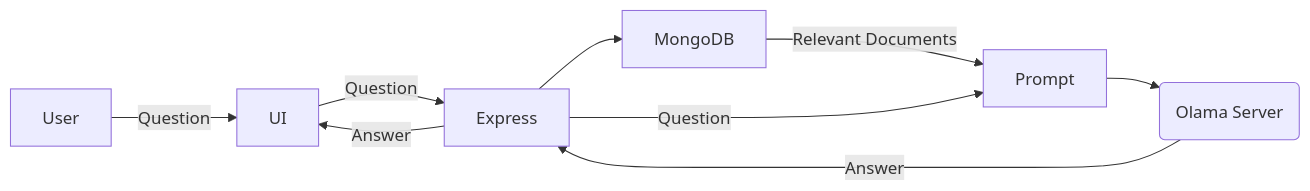
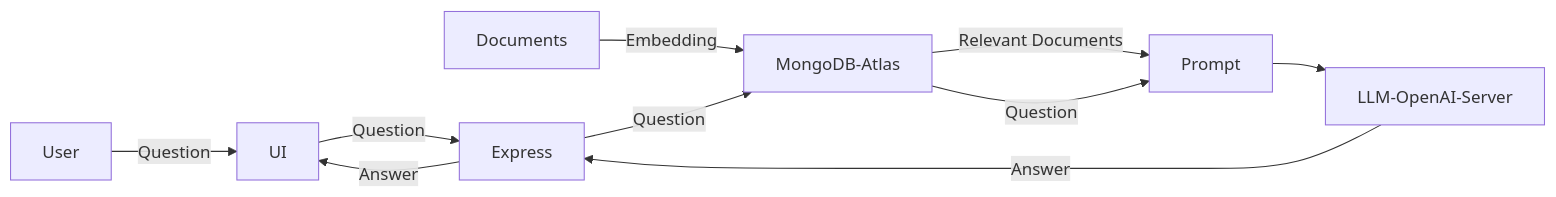
One commit to ethanenguyen/UW_JSCRIPT330_Final changed the diagram in README.md. Above: the diagram before and after it, drawn with Mermaid. The commit also changed other lines of this file, not shown here.

````diff
--- a/README.md
+++ b/README.md
@@ -22,12 +22,13 @@
 ```mermaid
 flowchart LR;
     User-->|Question|UI;
     UI-->|Question|Express;
-    Express-->MongoDB;
-    MongoDB-->|Relevant Documents|Prompt;
-    Express-->|Question|Prompt;
-    Prompt-->LLM(Olama Server);
-    LLM(Olama Server)-->|Answer|Express;
+    Documents-->|Embedding|MongoDB-Atlas;
+    MongoDB-Atlas-->|Relevant Documents|Prompt;
+   MongoDB-Atlas-->|Question|Prompt;
+    Express-->|Question|MongoDB-Atlas;
+    Prompt-->LLM-OpenAI-Server;
+    LLM-OpenAI-Server-->|Answer|Express;
     Express-->|Answer|UI;
 
 ```
````
